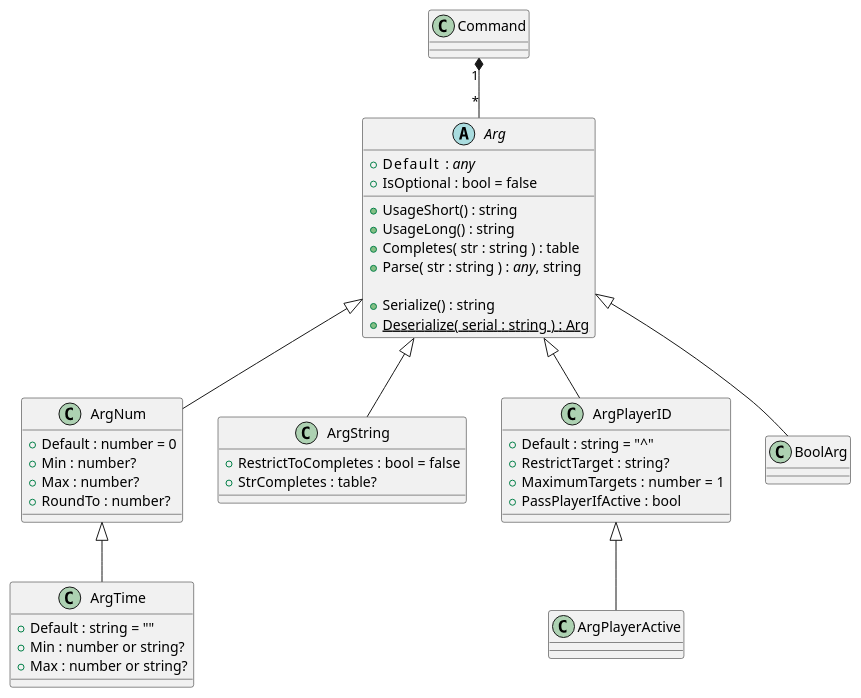
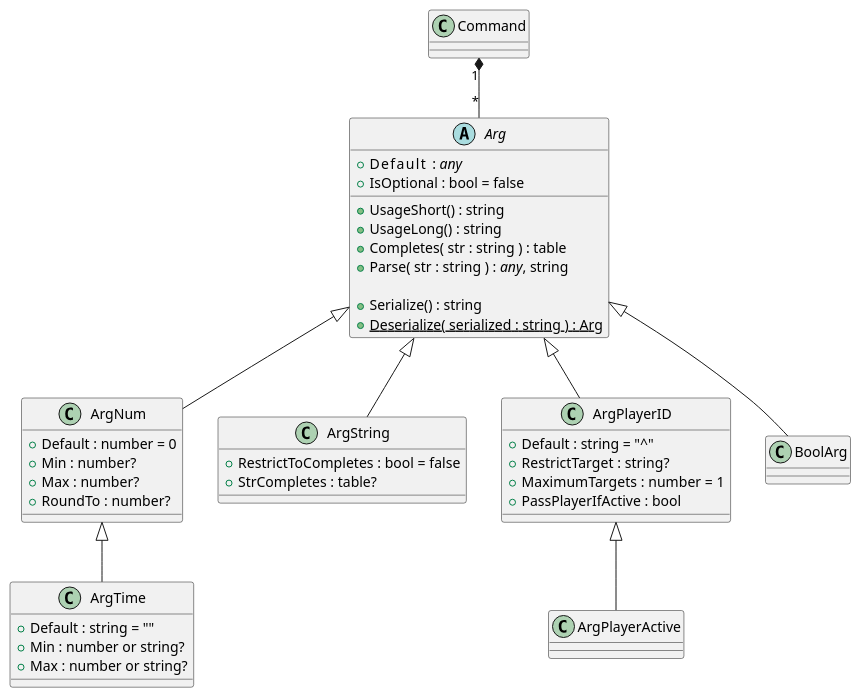
The diagram in doc/uml/arguments.iuml (TeamUlysses/ulx4), drawn with PlantUML before and after one commit. The commit also changed 1 other file, not shown here.

Commit message:
ArgNum and documentation for it complete

```diff
--- a/doc/uml/arguments.iuml
+++ b/doc/uml/arguments.iuml
@@ -1,51 +1,51 @@
 @startuml
 abstract class Arg {
 	+Default    : //any//
 	+IsOptional : bool = false
 
 	+UsageShort() : string
 	+UsageLong() : string
 	+Completes( str : string ) : table
 	+Parse( str : string ) : //any//, string
 
 	+Serialize() : string
-	+Deserialize( serial : string ) : Arg {static}
+	+Deserialize( serialized : string ) : Arg {static}
 }
 
 class ArgNum {
 	+Default : number = 0
 	+Min : number?
 	+Max : number?
 	+RoundTo : number?
 }
 
 class ArgTime {
 	+Default : string = ""
 	+Min : number or string?
 	+Max : number or string?
 }
 
 class ArgString {
 	+RestrictToCompletes : bool = false
 	+StrCompletes : table?
 }
 
 class ArgPlayerID {
 	+Default : string = "^"
 	+RestrictTarget : string?
 	+MaximumTargets : number = 1
 	+PassPlayerIfActive : bool
 }
 
 class ArgPlayerActive {
 }
 
 Command "1" *-- "*" Arg
 
 Arg <|-- ArgNum
 ArgNum <|-- ArgTime
 Arg <|-- ArgString
 Arg <|-- ArgPlayerID
 ArgPlayerID <|-- ArgPlayerActive
 Arg <|-- BoolArg
 @enduml
```
